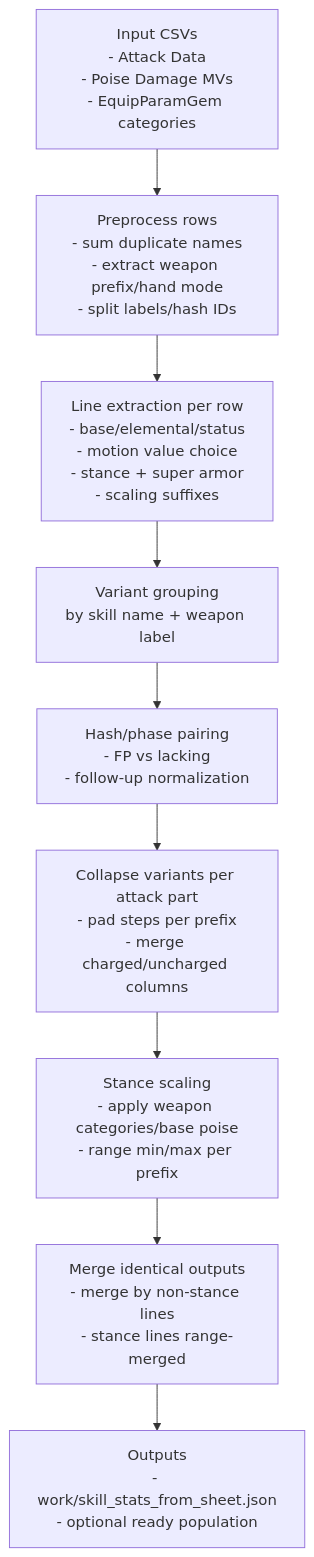
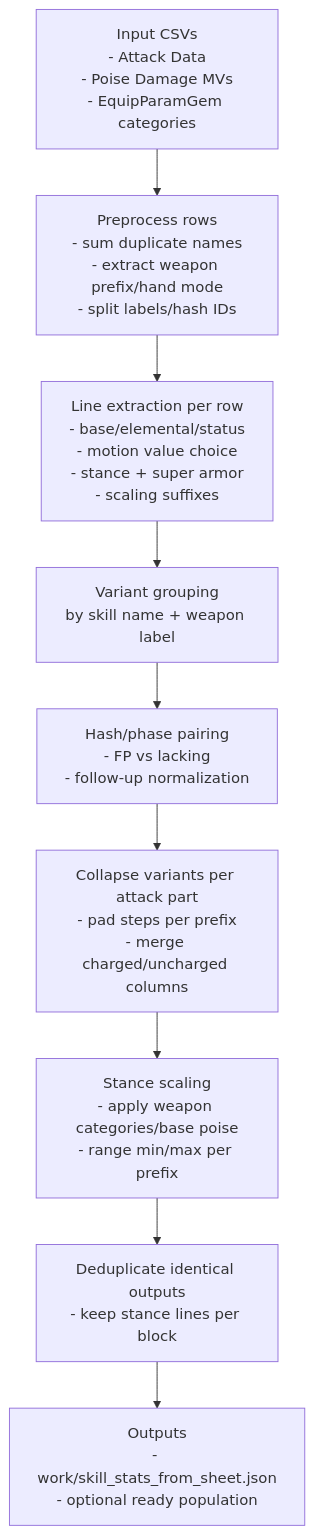
Before and after one commit to Dub1n/SotE-Detailed-Item-Descriptions: the first of 2 diagrams in docs/skill_stats_pipeline.md, drawn with Mermaid. The commit also changed other lines of this file and 10 other files, not shown here.

````diff
--- a/docs/skill_stats_pipeline.md
+++ b/docs/skill_stats_pipeline.md
@@ -79,11 +88,11 @@
 ```mermaid
 flowchart TD
   A[Input CSVs\n- Attack Data\n- Poise Damage MVs\n- EquipParamGem categories] --> B[Preprocess rows\n- sum duplicate names\n- extract weapon prefix/hand mode\n- split labels/hash IDs]
   B --> C[Line extraction per row\n- base/elemental/status\n- motion value choice\n- stance + super armor\n- scaling suffixes]
   C --> D[Variant grouping\nby skill name + weapon label]
   D --> E[Hash/phase pairing\n- FP vs lacking\n- follow-up normalization]
   E --> F[Collapse variants per attack part\n- pad steps per prefix\n- merge charged/uncharged columns]
   F --> G[Stance scaling\n- apply weapon categories/base poise\n- range min/max per prefix]
-  G --> H[Merge identical outputs\n- merge by non-stance lines\n- stance lines range-merged]
+  G --> H[Deduplicate identical outputs\n- keep stance lines per block]
   H --> I[Outputs\n- work/skill_stats_from_sheet.json\n- optional ready population]
 ```
````
